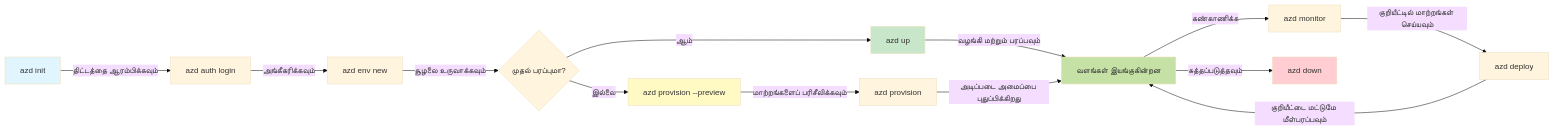
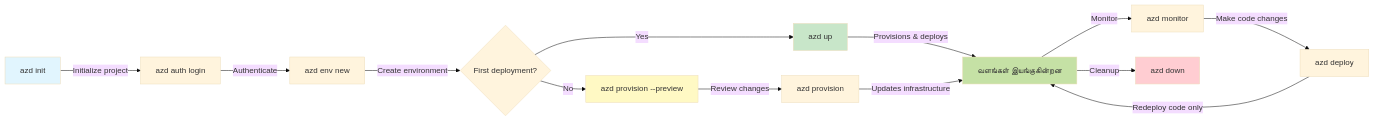
The first of 2 diagrams in translations/ta/docs/chapter-01-foundation/azd-basics.md (microsoft/AZD-for-beginners), drawn with Mermaid (base theme) before and after one commit. The commit also changed other lines of this file and 104 other files, not shown here.

````diff
--- a/translations/ta/docs/chapter-01-foundation/azd-basics.md
+++ b/translations/ta/docs/chapter-01-foundation/azd-basics.md
@@ -269,21 +267,21 @@
 ```mermaid
 graph LR
-    A[azd init] -->|திட்டத்தை ஆரம்பிக்கவும்| B[azd auth login]
-    B -->|அங்கீகரிக்கவும்| C[azd env new]
-    C -->|சூழலை உருவாக்கவும்| D{முதல் பரப்புமா?}
-    D -->|ஆம்| E[azd up]
-    D -->|இல்லை| F[azd provision --preview]
-    F -->|மாற்றங்களைப் பரிசீலிக்கவும்| G[azd provision]
-    E -->|வழங்கி மற்றும் பரப்பவும்| H[வளங்கள் இயங்குகின்றன]
-    G -->|அடிப்படை அமைப்பை புதுப்பிக்கிறது| H
-    H -->|கண்காணிக்க| I[azd monitor]
-    I -->|குறியீட்டில் மாற்றங்கள் செய்யவும்| J[azd deploy]
-    J -->|குறியீட்டை மட்டுமே மீள்பரப்பவும்| H
-    H -->|சுத்தப்படுத்தவும்| K[azd down]
+    A[azd init] -->|Initialize project| B[azd auth login]
+    B -->|Authenticate| C[azd env new]
+    C -->|Create environment| D{First deployment?}
+    D -->|Yes| E[azd up]
+    D -->|No| F[azd provision --preview]
+    F -->|Review changes| G[azd provision]
+    E -->|Provisions & deploys| H[வளங்கள் இயங்குகின்றன]
+    G -->|Updates infrastructure| H
+    H -->|Monitor| I[azd monitor]
+    I -->|Make code changes| J[azd deploy]
+    J -->|Redeploy code only| H
+    H -->|Cleanup| K[azd down]
     
     style A fill:#e1f5fe
     style E fill:#c8e6c9
     style F fill:#fff9c4
     style H fill:#c5e1a5
     style K fill:#ffcdd2
 ```
````
